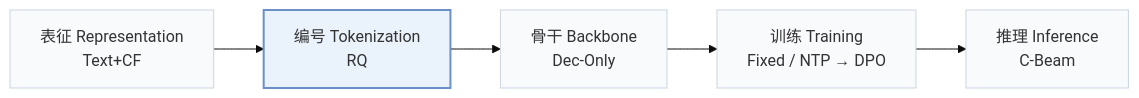
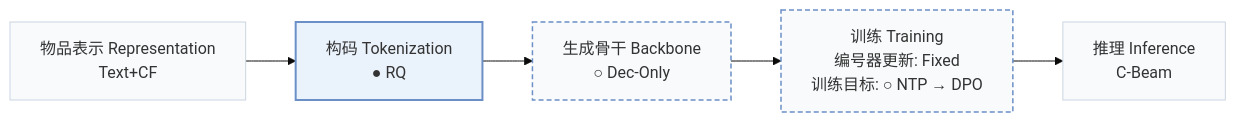
The first of 2 diagrams in pages/zh/papers/unirec.md (Galaxy-ghost/Awesome-SID-Generative-Rec), drawn with Mermaid (base theme) before and after one commit. The commit also changed other lines of this file and 558 other files, not shown here.

````diff
--- a/pages/zh/papers/unirec.md
+++ b/pages/zh/papers/unirec.md
@@ -15,8 +18,10 @@
 ```mermaid
 flowchart LR
-    R["表征 Representation<br/>Text+CF"] --> T["编号 Tokenization<br/>RQ"] --> B["骨干 Backbone<br/>Dec-Only"] --> TR["训练 Training<br/>Fixed / NTP → DPO"] --> I["推理 Inference<br/>C-Beam"]
+    R["物品表示 Representation<br/>Text+CF"] --> T["构码 Tokenization<br/>● RQ"] --> B["生成骨干 Backbone<br/>○ Dec-Only"] --> TR["训练 Training<br/>编号器更新: Fixed<br/>训练目标: ○ NTP → DPO"] --> I["推理 Inference<br/>C-Beam"]
     classDef base fill:#f8fafc,stroke:#cbd5e1
     class R,T,B,TR,I base
+    classDef other fill:#f8fafc,stroke:#6b8fc7,stroke-width:1.5px,stroke-dasharray:5 3
+    class B,TR other
     classDef main fill:#eaf2fb,stroke:#6b8fc7,stroke-width:2px
     class T main
 ```
````
